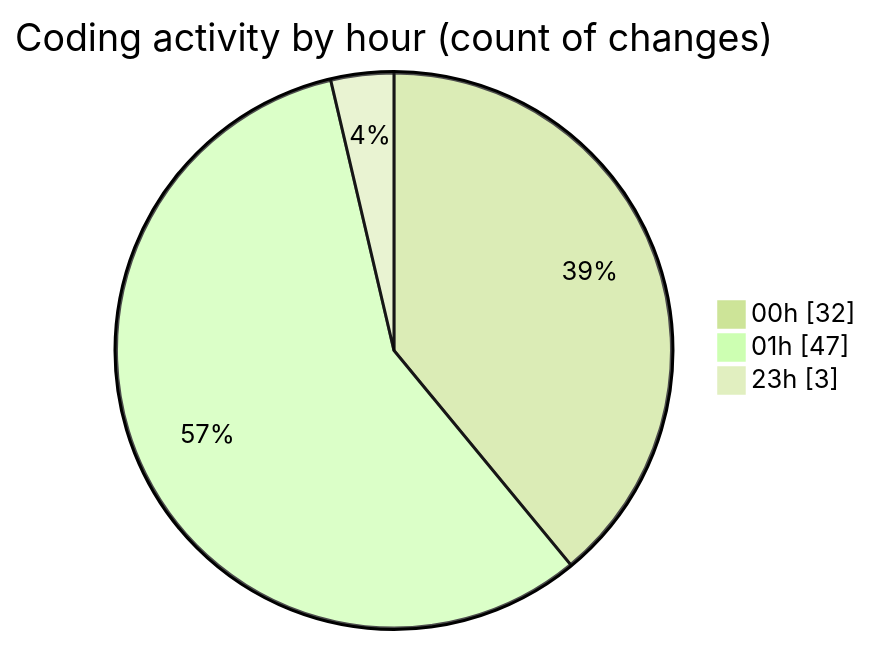
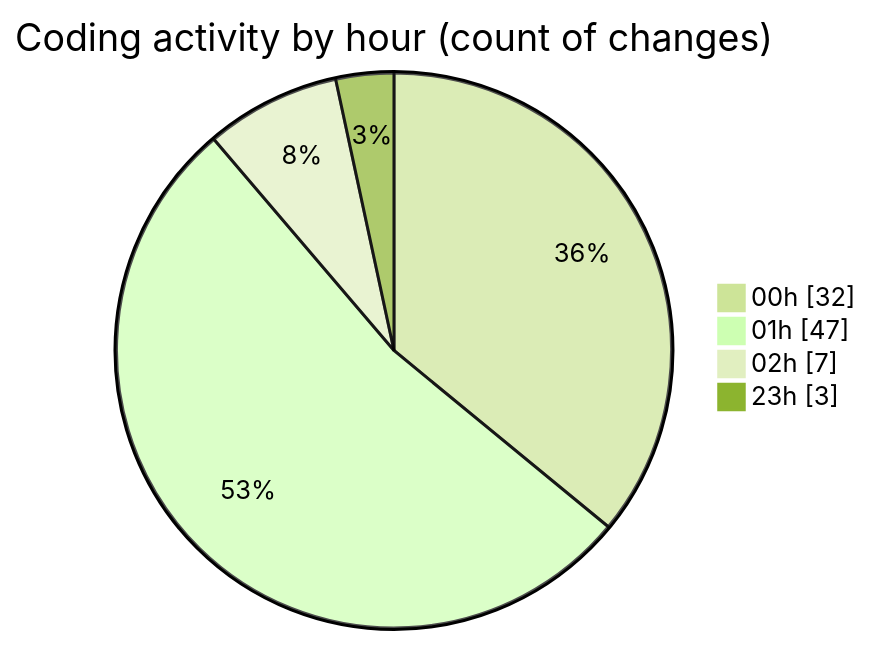
The second of 2 diagrams in 2025-07-28/quanlyrapchieuphim-1/README.md (lephambinh05/code-tracking), drawn with Mermaid (forest theme) before and after one commit. The commit also changed other lines of this file and 1 other file, not shown here.

````diff
--- a/2025-07-28/quanlyrapchieuphim-1/README.md
+++ b/2025-07-28/quanlyrapchieuphim-1/README.md
@@ -48,7 +48,8 @@
 ```mermaid
 pie showData
 title Coding activity by hour (count of changes)
 "00h" : 32
 "01h" : 47
+"02h" : 7
 "23h" : 3
 ```
````
